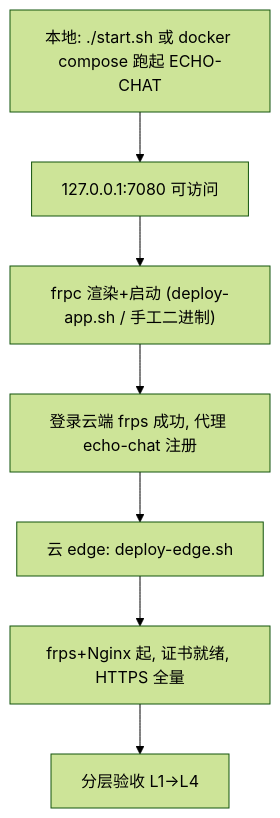
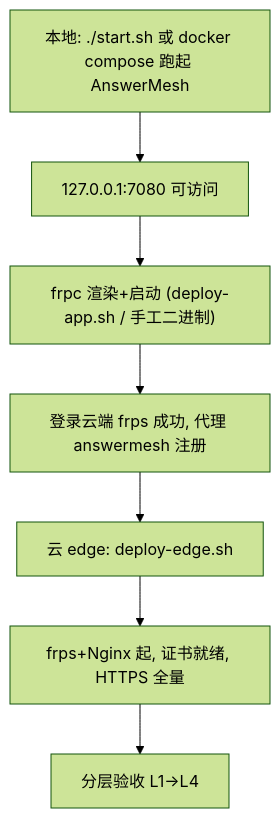
One commit to robotlover-1/ECHO-CHAT changed the fourth of 6 diagrams in docs/echo-chat-frp-nat-traversal.md. Above: the diagram before and after it, drawn with Mermaid (forest theme). The commit also changed other lines of this file and 53 other files, not shown here.

First line of the commit message:
refactor: 项目更名 ECHO-CHAT → AnswerMesh（含功能标识符）

````diff
--- a/docs/echo-chat-frp-nat-traversal.md
+++ b/docs/echo-chat-frp-nat-traversal.md
@@ -135,9 +135,9 @@
 ```mermaid
 flowchart TD
-    A["本地: ./start.sh 或 docker compose 跑起 ECHO-CHAT"] --> B["127.0.0.1:7080 可访问"]
+    A["本地: ./start.sh 或 docker compose 跑起 AnswerMesh"] --> B["127.0.0.1:7080 可访问"]
     B --> C["frpc 渲染+启动 (deploy-app.sh / 手工二进制)"]
-    C --> D["登录云端 frps 成功, 代理 echo-chat 注册"]
+    C --> D["登录云端 frps 成功, 代理 answermesh 注册"]
     D --> E["云 edge: deploy-edge.sh"]
     E --> F["frps+Nginx 起, 证书就绪, HTTPS 全量"]
     F --> G["分层验收 L1→L4"]
 ```
````
